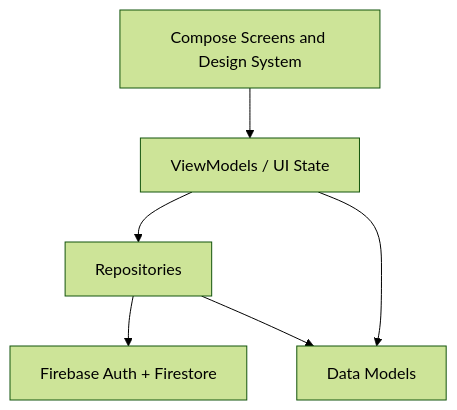
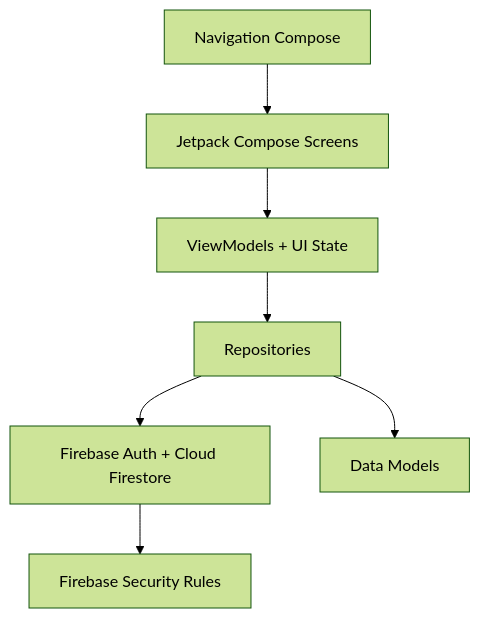
The diagram in README.md (zakariaMD24/ChezVous), drawn with Mermaid (forest theme) before and after one commit. The commit also changed other lines of this file and 16 other files, not shown here.

````diff
--- a/README.md
+++ b/README.md
@@ -52,14 +151,17 @@
 ```mermaid
 flowchart TD
-    UI["Compose Screens and Design System"]
-    VM["ViewModels / UI State"]
+    UI["Jetpack Compose Screens"]
+    VM["ViewModels + UI State"]
     Repo["Repositories"]
-    Firebase["Firebase Auth + Firestore"]
+    Firebase["Firebase Auth + Cloud Firestore"]
     Models["Data Models"]
+    Rules["Firebase Security Rules"]
+    Navigation["Navigation Compose"]
 
+    Navigation --> UI
     UI --> VM
     VM --> Repo
     Repo --> Firebase
     Repo --> Models
-    VM --> Models
+    Firebase --> Rules
 ```
````
